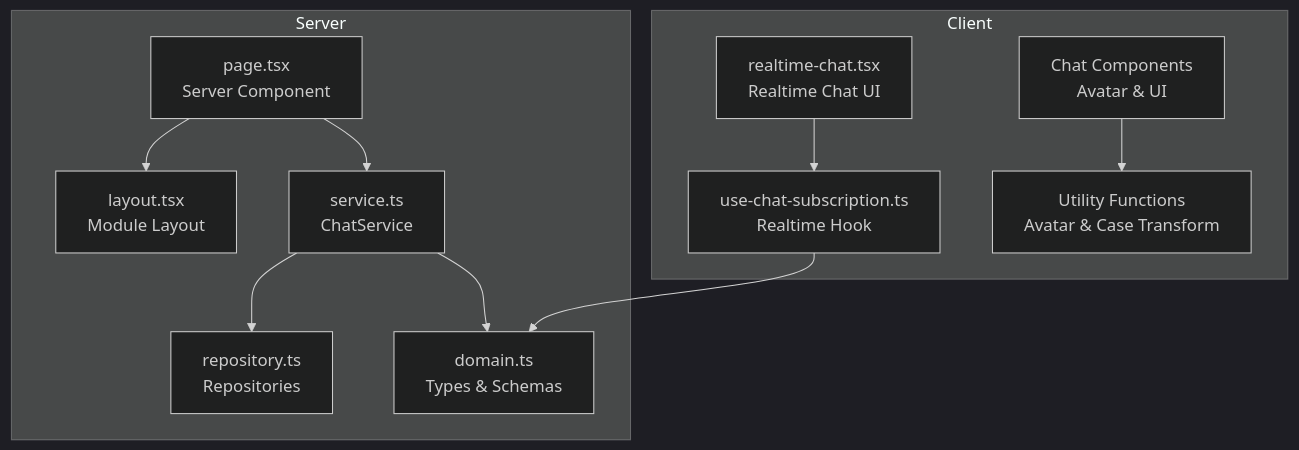
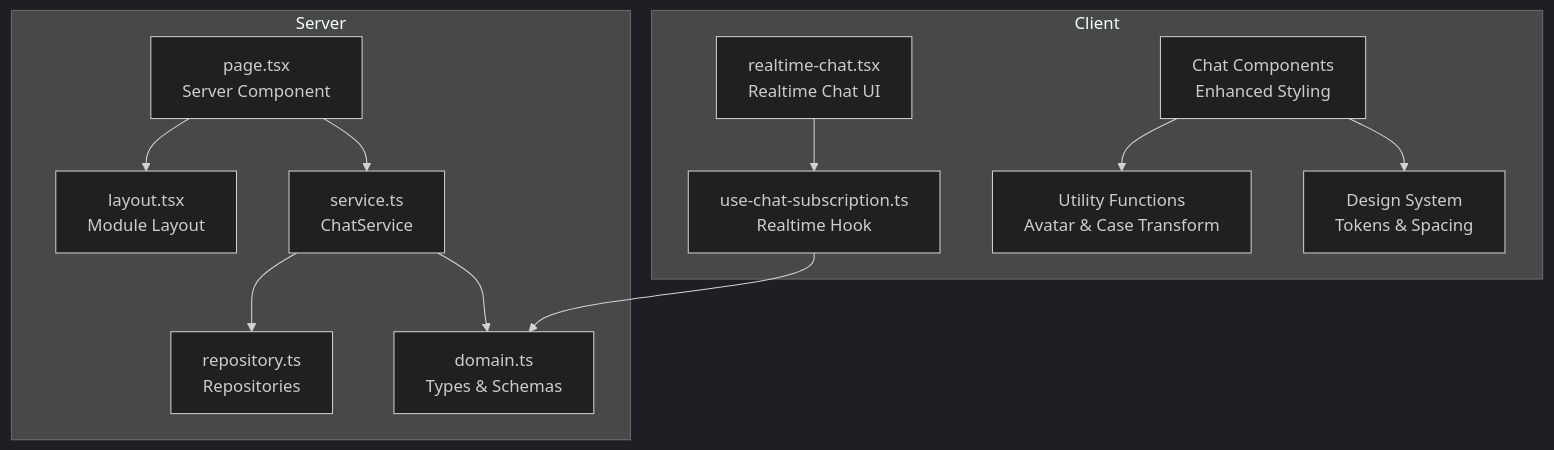
The first of 7 diagrams in .qoder/repowiki/en/content/Real-time Features/Chat System.md (SinesysTech/zattar-os), drawn with Mermaid (dark theme) before and after one commit. The commit also changed other lines of this file and 4 other files, not shown here.

````diff
--- a/.qoder/repowiki/en/content/Real-time Features/Chat System.md
+++ b/.qoder/repowiki/en/content/Real-time Features/Chat System.md
@@ -59,23 +64,25 @@
 ```mermaid
 graph TB
 subgraph "Server"
 Page["page.tsx<br/>Server Component"]
 Layout["layout.tsx<br/>Module Layout"]
 Service["service.ts<br/>ChatService"]
 Repo["repository.ts<br/>Repositories"]
 Domain["domain.ts<br/>Types & Schemas"]
 end
 subgraph "Client"
 Hook["use-chat-subscription.ts<br/>Realtime Hook"]
 RTComp["realtime-chat.tsx<br/>Realtime Chat UI"]
-Components["Chat Components<br/>Avatar & UI"]
+Components["Chat Components<br/>Enhanced Styling"]
 Utils["Utility Functions<br/>Avatar & Case Transform"]
+DesignSystem["Design System<br/>Tokens & Spacing"]
 end
 Page --> Service
 Service --> Repo
 Service --> Domain
 Page --> Layout
 Hook --> Domain
 RTComp --> Hook
 Components --> Utils
+Components --> DesignSystem
 ```
````
